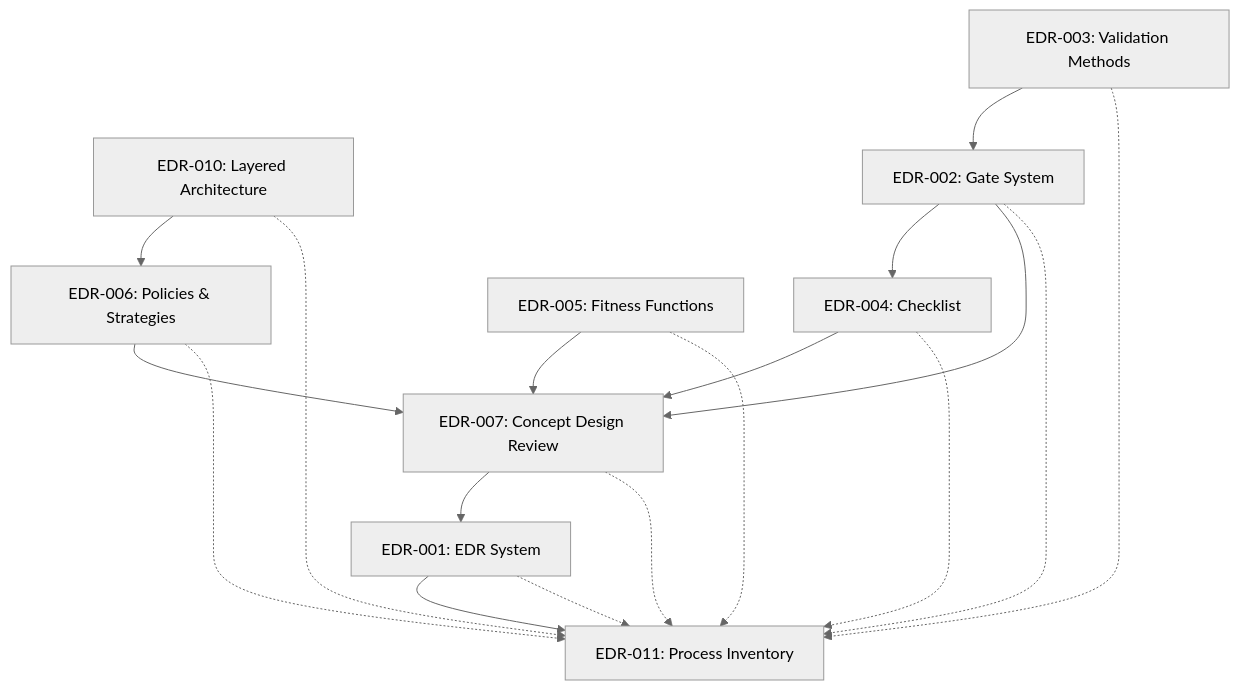
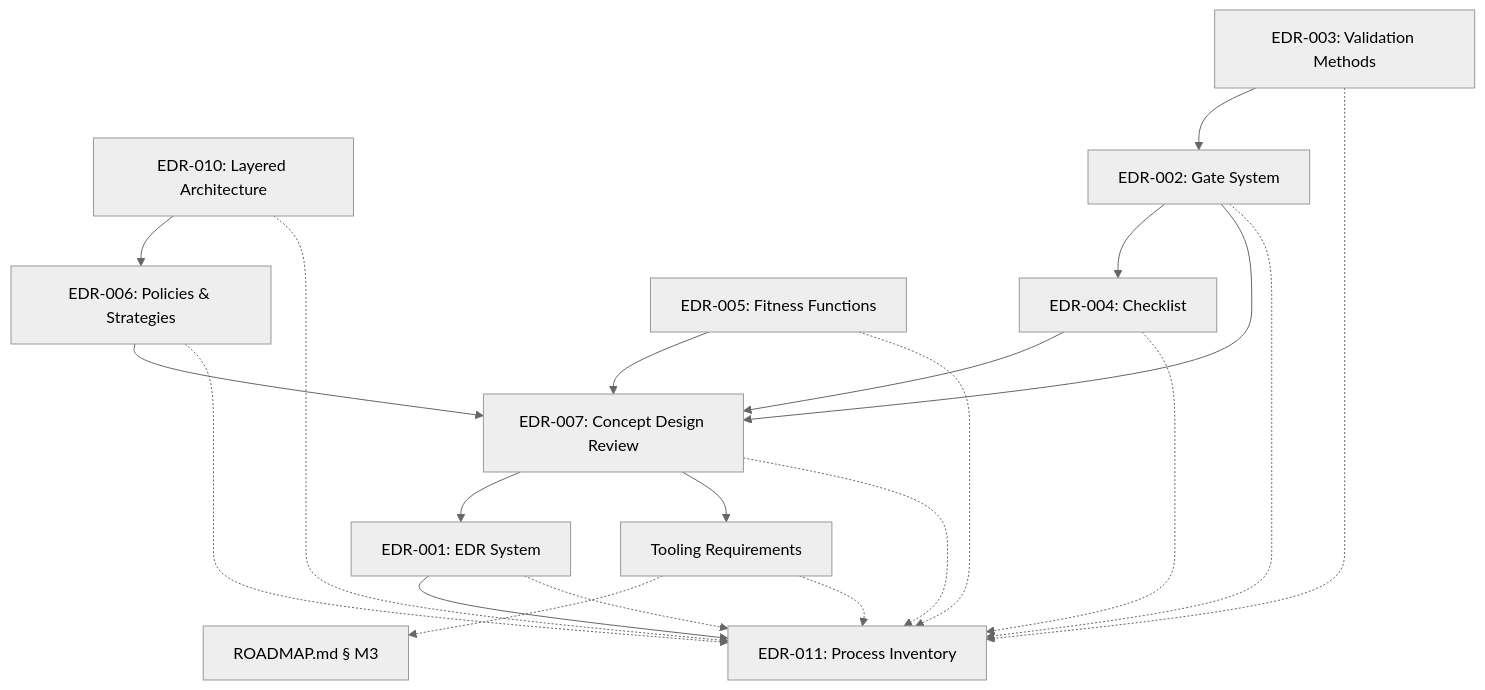
One commit to orthon-lang/docs changed the diagram in how/PROCESS_INVENTORY.md. Above: the diagram before and after it, drawn with Mermaid (neutral theme). The commit also changed other lines of this file and 10 other files, not shown here.

First line of the commit message:
chore: establish how/tooling/ for forward-looking tooling requirements

````diff
--- a/how/PROCESS_INVENTORY.md
+++ b/how/PROCESS_INVENTORY.md
@@ -42,20 +43,23 @@
 ```mermaid
 flowchart TD
     EDR-010["EDR-010: Layered Architecture"] --> EDR-006["EDR-006: Policies & Strategies"]
     EDR-003["EDR-003: Validation Methods"] --> EDR-002["EDR-002: Gate System"]
     EDR-002 --> EDR-004["EDR-004: Checklist"]
     EDR-002 --> EDR-007["EDR-007: Concept Design Review"]
     EDR-004 --> EDR-007
     EDR-005["EDR-005: Fitness Functions"] --> EDR-007
     EDR-006 --> EDR-007
     EDR-007 --> EDR-001["EDR-001: EDR System"]
+    EDR-007 --> TLR["Tooling Requirements"]
+    TLR -.-> ROADMAP["ROADMAP.md § M3"]
     EDR-001 --> EDR-011["EDR-011: Process Inventory"]
     EDR-001 -.-> EDR-011
     EDR-002 -.-> EDR-011
     EDR-003 -.-> EDR-011
     EDR-004 -.-> EDR-011
     EDR-005 -.-> EDR-011
     EDR-006 -.-> EDR-011
     EDR-007 -.-> EDR-011
     EDR-010 -.-> EDR-011
+    TLR -.-> EDR-011
 ```
````
